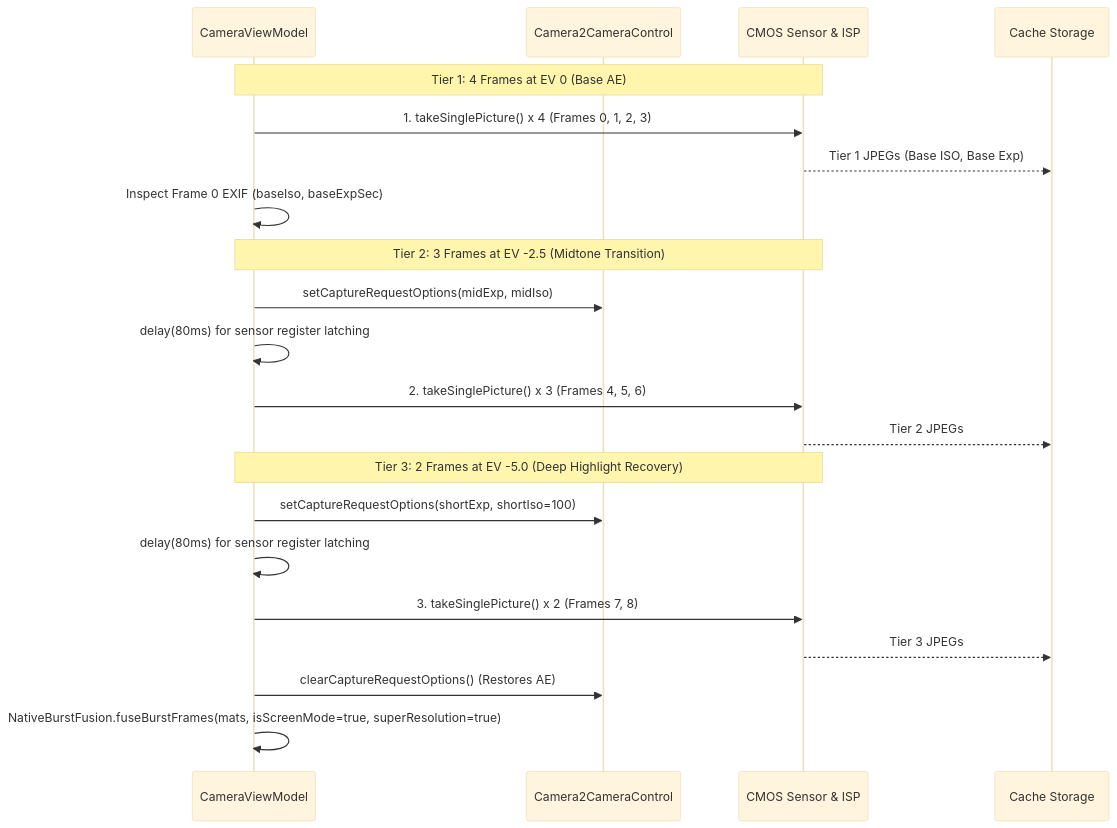
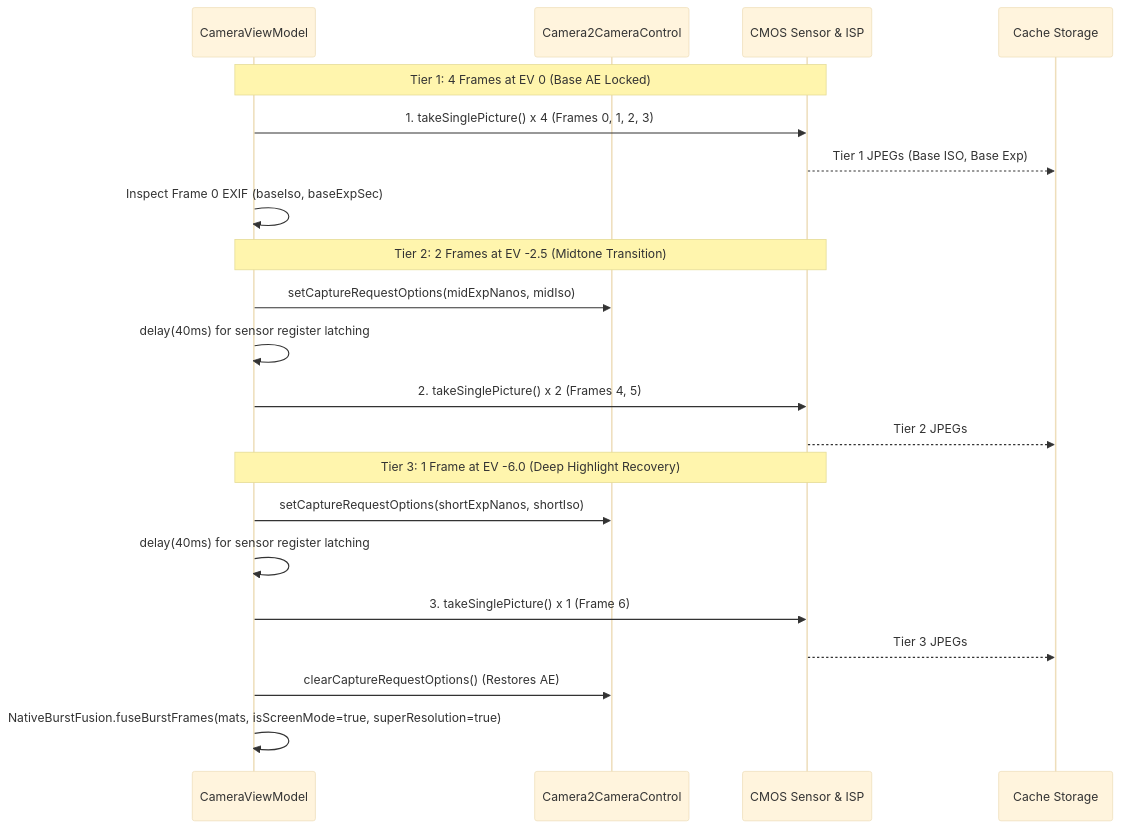
Before and after one commit to eviau512/Hachimi-Scan: the diagram in specs/SPEC_01_CAMERA_AND_CAPTURE_PIPELINE.md, drawn with Mermaid (base theme). The commit also changed other lines of this file and 6 other files, not shown here.

````diff
--- a/specs/SPEC_01_CAMERA_AND_CAPTURE_PIPELINE.md
+++ b/specs/SPEC_01_CAMERA_AND_CAPTURE_PIPELINE.md
@@ -78,27 +78,27 @@
 ```mermaid
 sequenceDiagram
     participant VM as CameraViewModel
     participant C2 as Camera2CameraControl
     participant S as CMOS Sensor & ISP
     participant Storage as Cache Storage
 
-    Note over VM,S: Tier 1: 4 Frames at EV 0 (Base AE)
+    Note over VM,S: Tier 1: 4 Frames at EV 0 (Base AE Locked)
     VM->>S: 1. takeSinglePicture() x 4 (Frames 0, 1, 2, 3)
     S-->>Storage: Tier 1 JPEGs (Base ISO, Base Exp)
     VM->>VM: Inspect Frame 0 EXIF (baseIso, baseExpSec)
 
-    Note over VM,S: Tier 2: 3 Frames at EV -2.5 (Midtone Transition)
-    VM->>C2: setCaptureRequestOptions(midExp, midIso)
-    VM->>VM: delay(80ms) for sensor register latching
-    VM->>S: 2. takeSinglePicture() x 3 (Frames 4, 5, 6)
+    Note over VM,S: Tier 2: 2 Frames at EV -2.5 (Midtone Transition)
+    VM->>C2: setCaptureRequestOptions(midExpNanos, midIso)
+    VM->>VM: delay(40ms) for sensor register latching
+    VM->>S: 2. takeSinglePicture() x 2 (Frames 4, 5)
     S-->>Storage: Tier 2 JPEGs
 
-    Note over VM,S: Tier 3: 2 Frames at EV -5.0 (Deep Highlight Recovery)
-    VM->>C2: setCaptureRequestOptions(shortExp, shortIso=100)
-    VM->>VM: delay(80ms) for sensor register latching
-    VM->>S: 3. takeSinglePicture() x 2 (Frames 7, 8)
+    Note over VM,S: Tier 3: 1 Frame at EV -6.0 (Deep Highlight Recovery)
+    VM->>C2: setCaptureRequestOptions(shortExpNanos, shortIso)
+    VM->>VM: delay(40ms) for sensor register latching
+    VM->>S: 3. takeSinglePicture() x 1 (Frame 6)
     S-->>Storage: Tier 3 JPEGs
 
     VM->>C2: clearCaptureRequestOptions() (Restores AE)
     VM->>VM: NativeBurstFusion.fuseBurstFrames(mats, isScreenMode=true, superResolution=true)
 ```
````
